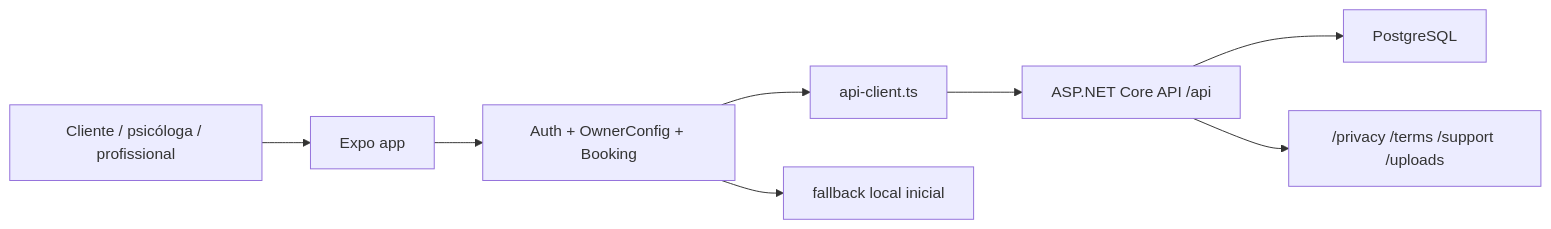
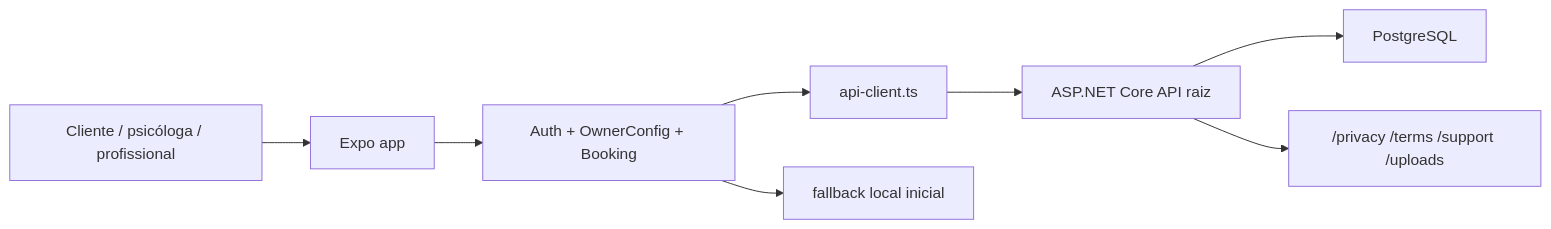
One commit to ThiDevs/psicologa_agenda changed the first of 2 diagrams in docs/fluxo-sistema-atual.md. Above: the diagram before and after it, drawn with Mermaid. The commit also changed other lines of this file and 12 other files, not shown here.

````diff
--- a/docs/fluxo-sistema-atual.md
+++ b/docs/fluxo-sistema-atual.md
@@ -22,10 +22,10 @@
 ```mermaid
 flowchart LR
   User["Cliente / psicóloga / profissional"] --> App["Expo app"]
   App --> Contexts["Auth + OwnerConfig + Booking"]
   Contexts --> Client["api-client.ts"]
-  Client --> Api["ASP.NET Core API /api"]
+  Client --> Api["ASP.NET Core API raiz"]
   Api --> Db["PostgreSQL"]
   Api --> Static["/privacy /terms /support /uploads"]
   Contexts --> Demo["fallback local inicial"]
 ```
````
